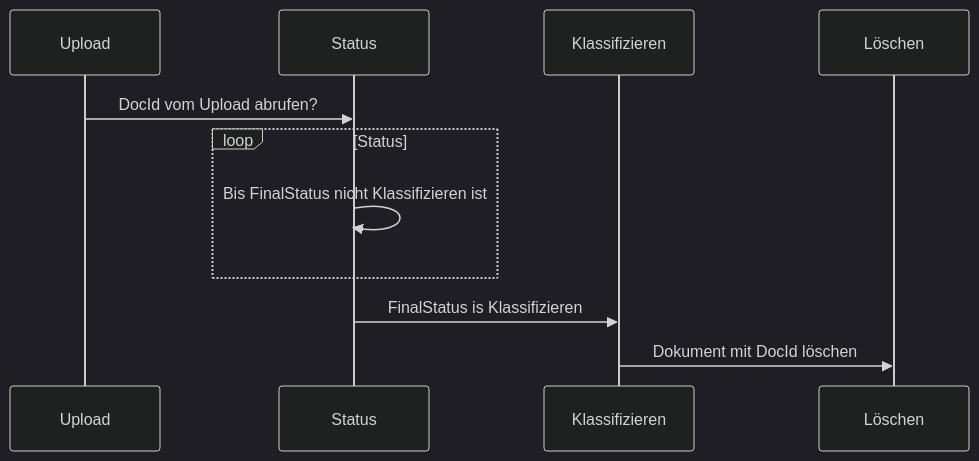
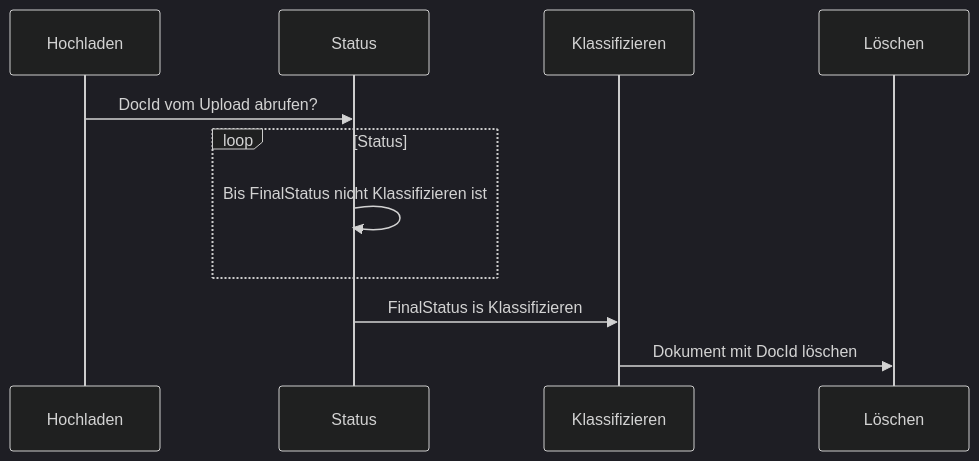
One commit to Fellow-Consulting-AG/docapp-docs changed the diagram in docs/de/doc2/document_status.md. Above: the diagram before and after it, drawn with Mermaid (dark theme).

````diff
--- a/docs/de/doc2/document_status.md
+++ b/docs/de/doc2/document_status.md
@@ -33,10 +33,10 @@
 ``` mermaid
 sequenceDiagram
-  Upload->>Status: DocId vom Upload abrufen?
+  Hochladen->>Status: DocId vom Upload abrufen?
   loop Status
       Status->>Status: Bis FinalStatus nicht Klassifizieren ist
   end
   Status->>Klassifizieren: FinalStatus is Klassifizieren
 	Klassifizieren->>Löschen: Dokument mit DocId löschen
 
 ```
````
